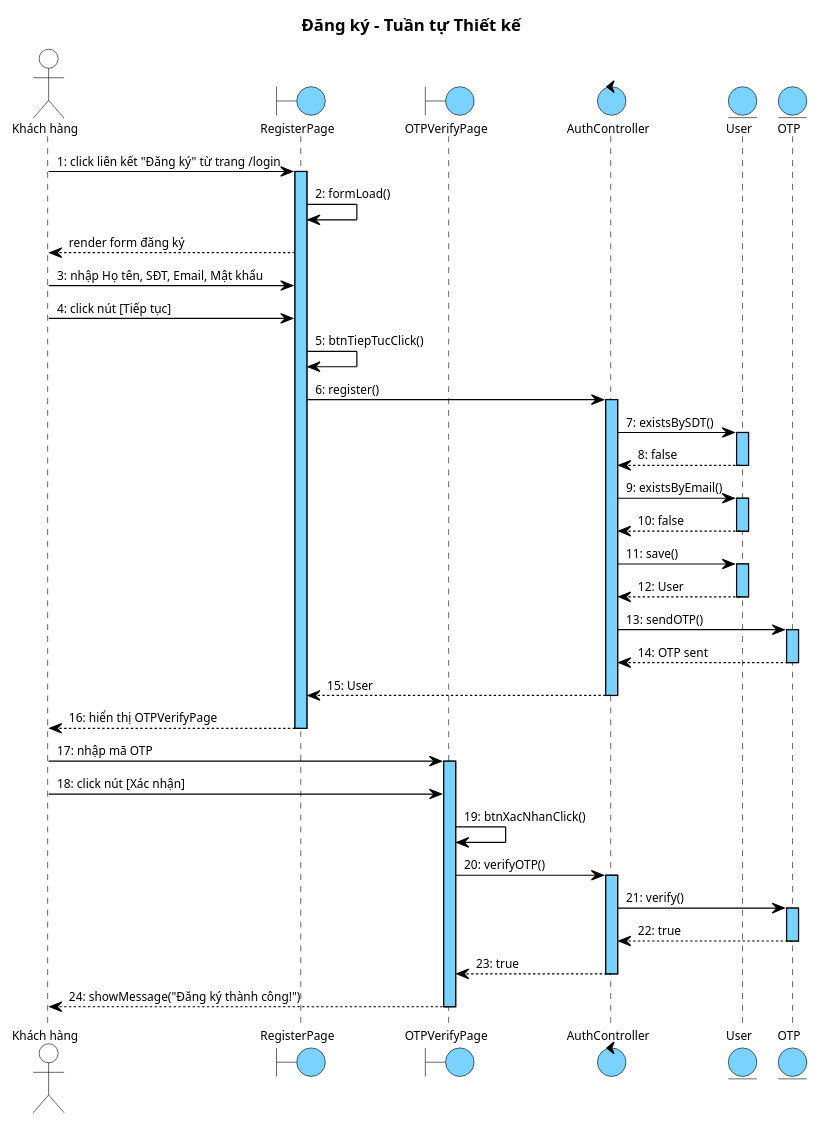
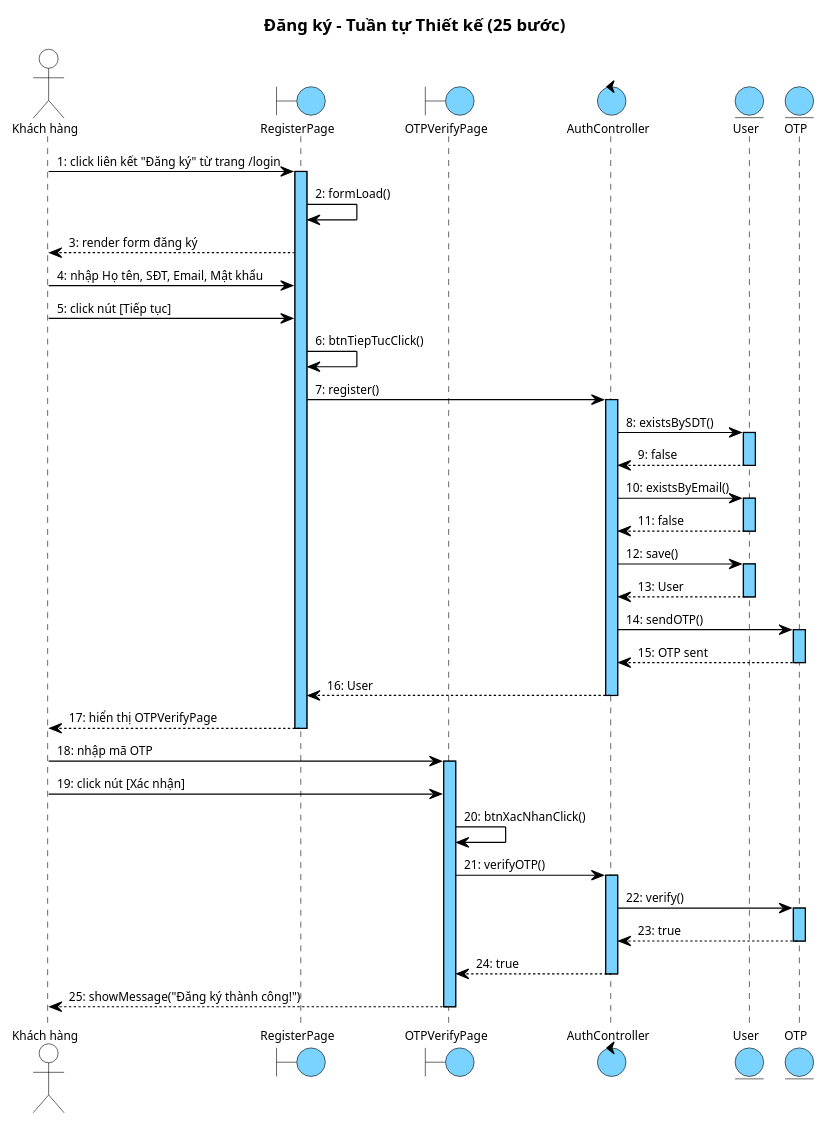
Before and after one commit to thanhtrnnn/cnpm: the fifth of 8 diagrams in docs/tabs/account/iii-design.md, drawn with PlantUML. The commit also changed other lines of this file and 19 other files, not shown here.

First line of the commit message:
fix: account sequence diagrams 1:1 step parity (II.4 + III.4) + 4.2 format

````diff
--- a/docs/tabs/account/iii-design.md
+++ b/docs/tabs/account/iii-design.md
@@ -738,7 +727,7 @@
   }
 }
 </style>
-title Đăng ký – Tuần tự Thiết kế
+title Đăng ký – Tuần tự Thiết kế (25 bước)
 
 actor "Khách hàng" as KH
 boundary RegisterPage as B1
@@ -750,46 +739,46 @@
 KH -> B1 : 1: click liên kết "Đăng ký" từ trang /login
 activate B1
 B1 -> B1 : 2: formLoad()
-B1 --> KH : render form đăng ký
-KH -> B1 : 3: nhập Họ tên, SĐT, Email, Mật khẩu
-KH -> B1 : 4: click nút [Tiếp tục]
-B1 -> B1 : 5: btnTiepTucClick()
-B1 -> C1 : 6: register()
+B1 --> KH : 3: render form đăng ký
+KH -> B1 : 4: nhập Họ tên, SĐT, Email, Mật khẩu
+KH -> B1 : 5: click nút [Tiếp tục]
+B1 -> B1 : 6: btnTiepTucClick()
+B1 -> C1 : 7: register()
 activate C1
-C1 -> E1 : 7: existsBySDT()
+C1 -> E1 : 8: existsBySDT()
 activate E1
-E1 --> C1 : 8: false
+E1 --> C1 : 9: false
 deactivate E1
-C1 -> E1 : 9: existsByEmail()
+C1 -> E1 : 10: existsByEmail()
 activate E1
-E1 --> C1 : 10: false
+E1 --> C1 : 11: false
 deactivate E1
-C1 -> E1 : 11: save()
+C1 -> E1 : 12: save()
 activate E1
-E1 --> C1 : 12: User
+E1 --> C1 : 13: User
 deactivate E1
-C1 -> E2 : 13: sendOTP()
+C1 -> E2 : 14: sendOTP()
 activate E2
-E2 --> C1 : 14: OTP sent
+E2 --> C1 : 15: OTP sent
 deactivate E2
-C1 --> B1 : 15: User
+C1 --> B1 : 16: User
 deactivate C1
-B1 --> KH : 16: hiển thị OTPVerifyPage
+B1 --> KH : 17: hiển thị OTPVerifyPage
 deactivate B1
 
-KH -> B2 : 17: nhập mã OTP
+KH -> B2 : 18: nhập mã OTP
 activate B2
-KH -> B2 : 18: click nút [Xác nhận]
-B2 -> B2 : 19: btnXacNhanClick()
-B2 -> C1 : 20: verifyOTP()
+KH -> B2 : 19: click nút [Xác nhận]
+B2 -> B2 : 20: btnXacNhanClick()
+B2 -> C1 : 21: verifyOTP()
 activate C1
-C1 -> E2 : 21: verify()
+C1 -> E2 : 22: verify()
 activate E2
-E2 --> C1 : 22: true
+E2 --> C1 : 23: true
 deactivate E2
-C1 --> B2 : 23: true
+C1 --> B2 : 24: true
 deactivate C1
-B2 --> KH : 24: showMessage("Đăng ký thành công!")
+B2 --> KH : 25: showMessage("Đăng ký thành công!")
 deactivate B2
 @enduml
 ```
````
